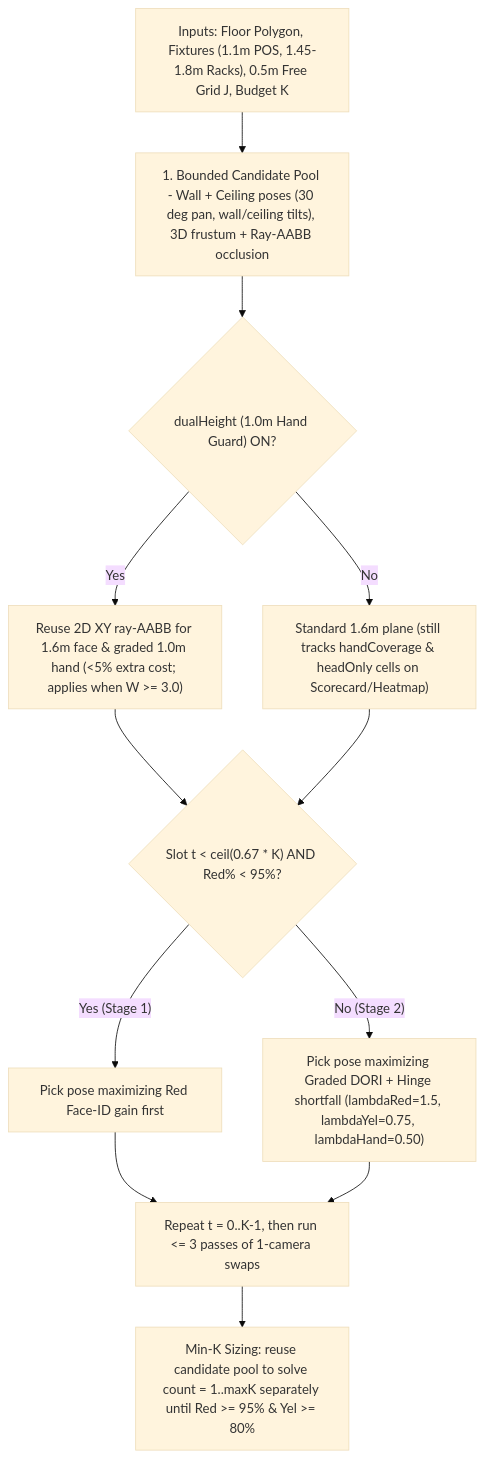
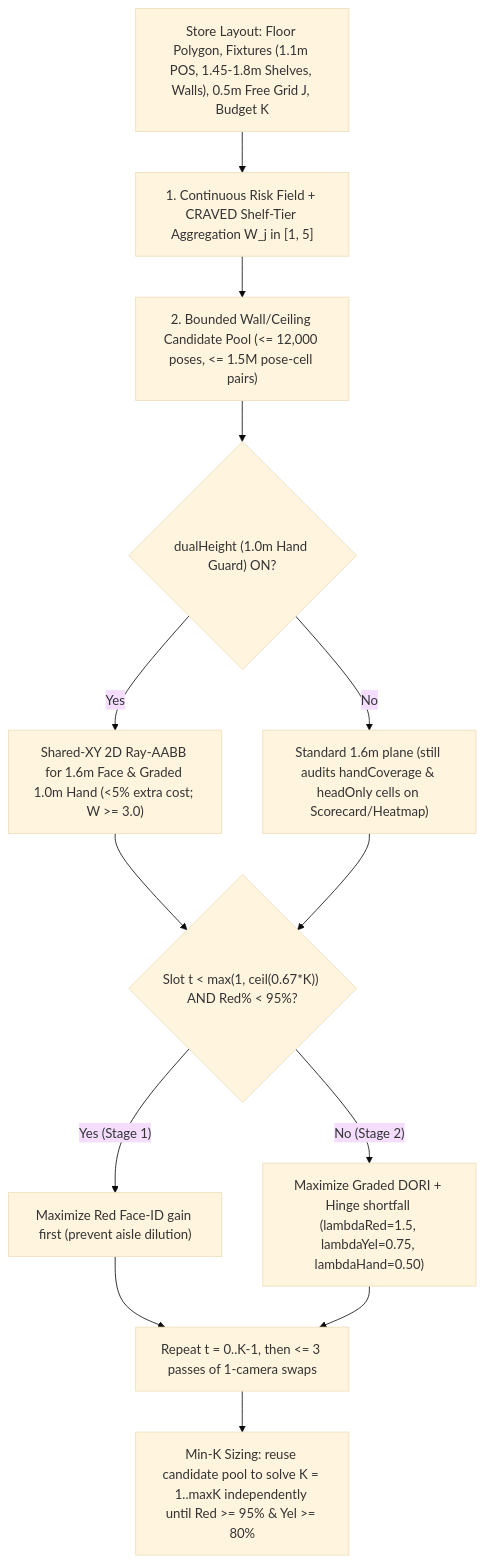
The diagram in paper_evaluation_2026-11-26/ABSTRACT_PROFESSOR.md (nhuycoding/Opticam), drawn with Mermaid (base theme) before and after one commit. The commit also changed other lines of this file and 4 other files, not shown here.

````diff
--- a/paper_evaluation_2026-11-26/ABSTRACT_PROFESSOR.md
+++ b/paper_evaluation_2026-11-26/ABSTRACT_PROFESSOR.md
@@ -10,14 +10,15 @@
 ```mermaid
 flowchart TD
-    In["Inputs: Floor Polygon, Fixtures (1.1m POS, 1.45-1.8m Racks), 0.5m Free Grid J, Budget K"] --> Pool["1. Bounded Candidate Pool - Wall + Ceiling poses (30 deg pan, wall/ceiling tilts), 3D frustum + Ray-AABB occlusion"]
+    In["Store Layout: Floor Polygon, Fixtures (1.1m POS, 1.45-1.8m Shelves, Walls), 0.5m Free Grid J, Budget K"] --> Risk["1. Continuous Risk Field + CRAVED Shelf-Tier Aggregation W_j in [1, 5]"]
+    Risk --> Pool["2. Bounded Wall/Ceiling Candidate Pool (<= 12,000 poses, <= 1.5M pose-cell pairs)"]
     Pool --> Dual{"dualHeight (1.0m Hand Guard) ON?"}
-    Dual -- "Yes" --> SharedXY["Reuse 2D XY ray-AABB for 1.6m face & graded 1.0m hand (<5% extra cost; applies when W >= 3.0)"]
-    Dual -- "No" --> SingleZ["Standard 1.6m plane (still tracks handCoverage & headOnly cells on Scorecard/Heatmap)"]
-    SharedXY --> Branch{"Slot t < ceil(0.67 * K) AND Red% < 95%?"}
+    Dual -- "Yes" --> SharedXY["Shared-XY 2D Ray-AABB for 1.6m Face & Graded 1.0m Hand (<5% extra cost; W >= 3.0)"]
+    Dual -- "No" --> SingleZ["Standard 1.6m plane (still audits handCoverage & headOnly cells on Scorecard/Heatmap)"]
+    SharedXY --> Branch{"Slot t < max(1, ceil(0.67*K)) AND Red% < 95%?"}
     SingleZ --> Branch
-    Branch -- "Yes (Stage 1)" --> S1["Pick pose maximizing Red Face-ID gain first"]
-    Branch -- "No (Stage 2)" --> S2["Pick pose maximizing Graded DORI + Hinge shortfall (lambdaRed=1.5, lambdaYel=0.75, lambdaHand=0.50)"]
-    S1 --> Loop["Repeat t = 0..K-1, then run <= 3 passes of 1-camera swaps"]
+    Branch -- "Yes (Stage 1)" --> S1["Maximize Red Face-ID gain first (prevent aisle dilution)"]
+    Branch -- "No (Stage 2)" --> S2["Maximize Graded DORI + Hinge shortfall (lambdaRed=1.5, lambdaYel=0.75, lambdaHand=0.50)"]
+    S1 --> Loop["Repeat t = 0..K-1, then <= 3 passes of 1-camera swaps"]
     S2 --> Loop
-    Loop --> MinK["Min-K Sizing: reuse candidate pool to solve count = 1..maxK separately until Red >= 95% & Yel >= 80%"]
+    Loop --> MinK["Min-K Sizing: reuse candidate pool to solve K = 1..maxK independently until Red >= 95% & Yel >= 80%"]
 ```
````
